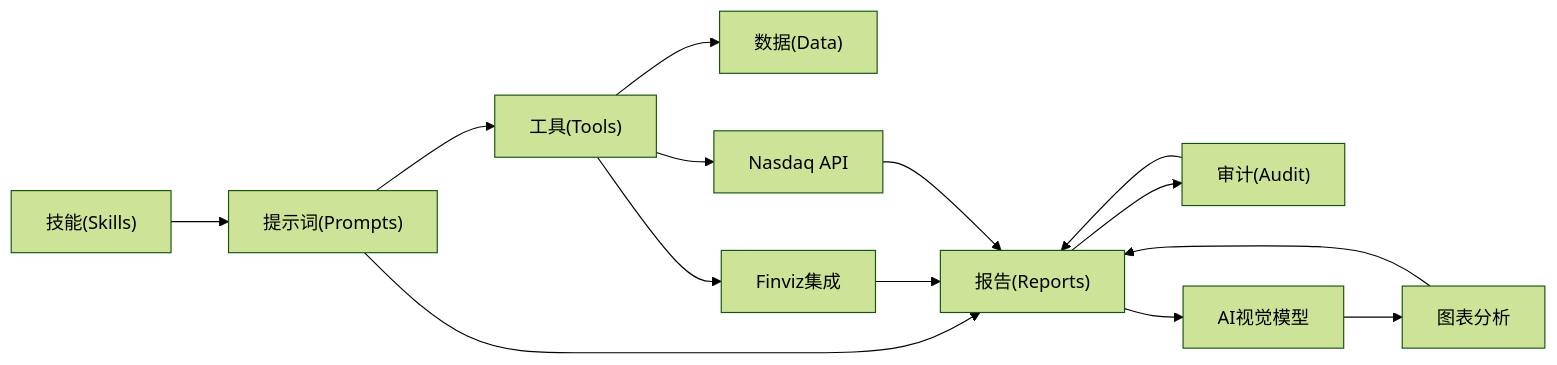
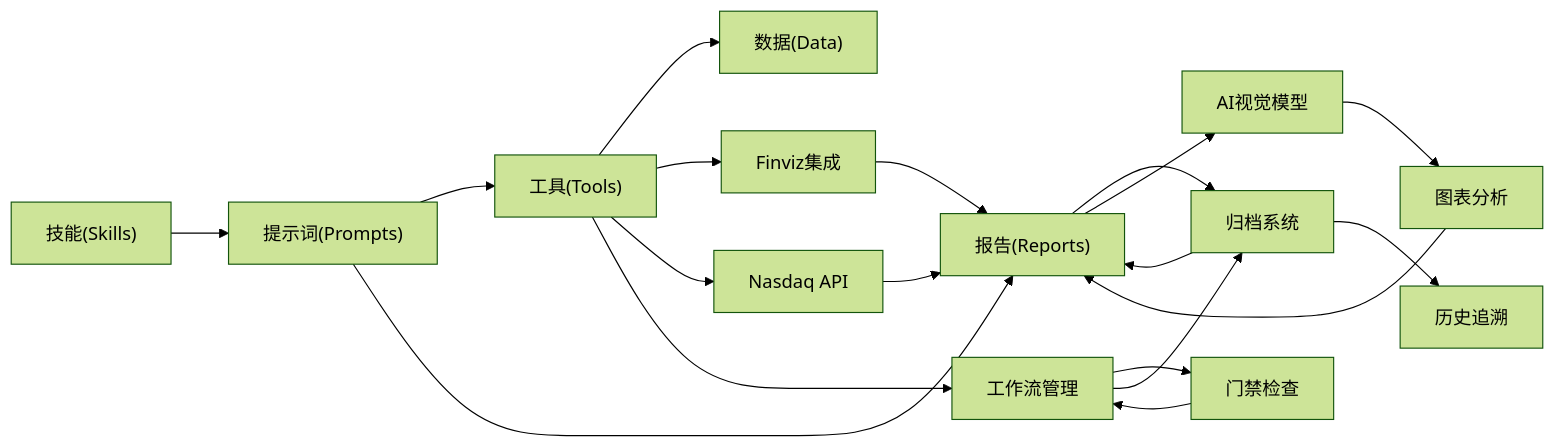
One commit to Ted-Engineer/ai-berkshire changed the ninth of 9 diagrams in .qoder/repowiki/zh/content/报告生成系统/报告生成系统.md. Above: the diagram before and after it, drawn with Mermaid (forest theme). The commit also changed other lines of this file and 76 other files, not shown here.

````diff
--- a/.qoder/repowiki/zh/content/报告生成系统/报告生成系统.md
+++ b/.qoder/repowiki/zh/content/报告生成系统/报告生成系统.md
@@ -551,16 +633,21 @@
 ```mermaid
 graph LR
 S["技能(Skills)"] --> P["提示词(Prompts)"]
 P --> T["工具(Tools)"]
 T --> D["数据(Data)"]
 P --> R["报告(Reports)"]
 R --> A["审计(Audit)"]
 A --> R
 R --> V["AI视觉模型"]
 V --> C["图表分析"]
 C --> R
 T --> F["Finviz集成"]
 F --> R
 T --> N["Nasdaq API"]
 N --> R
+T --> W["工作流管理"]
+W --> G["门禁检查"]
+G --> W
+W --> A["归档系统"]
+A --> H["历史追溯"]
 ```
````
